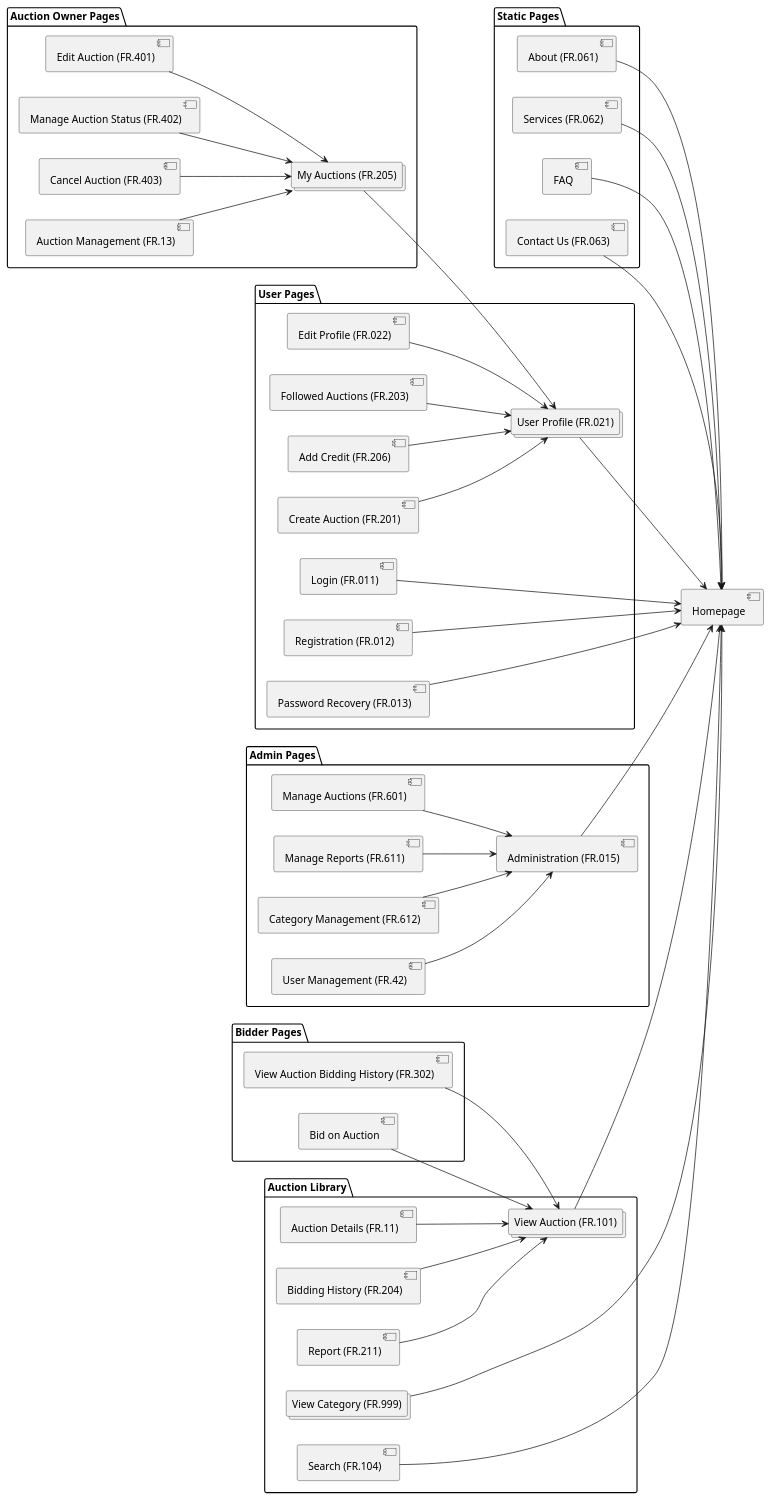
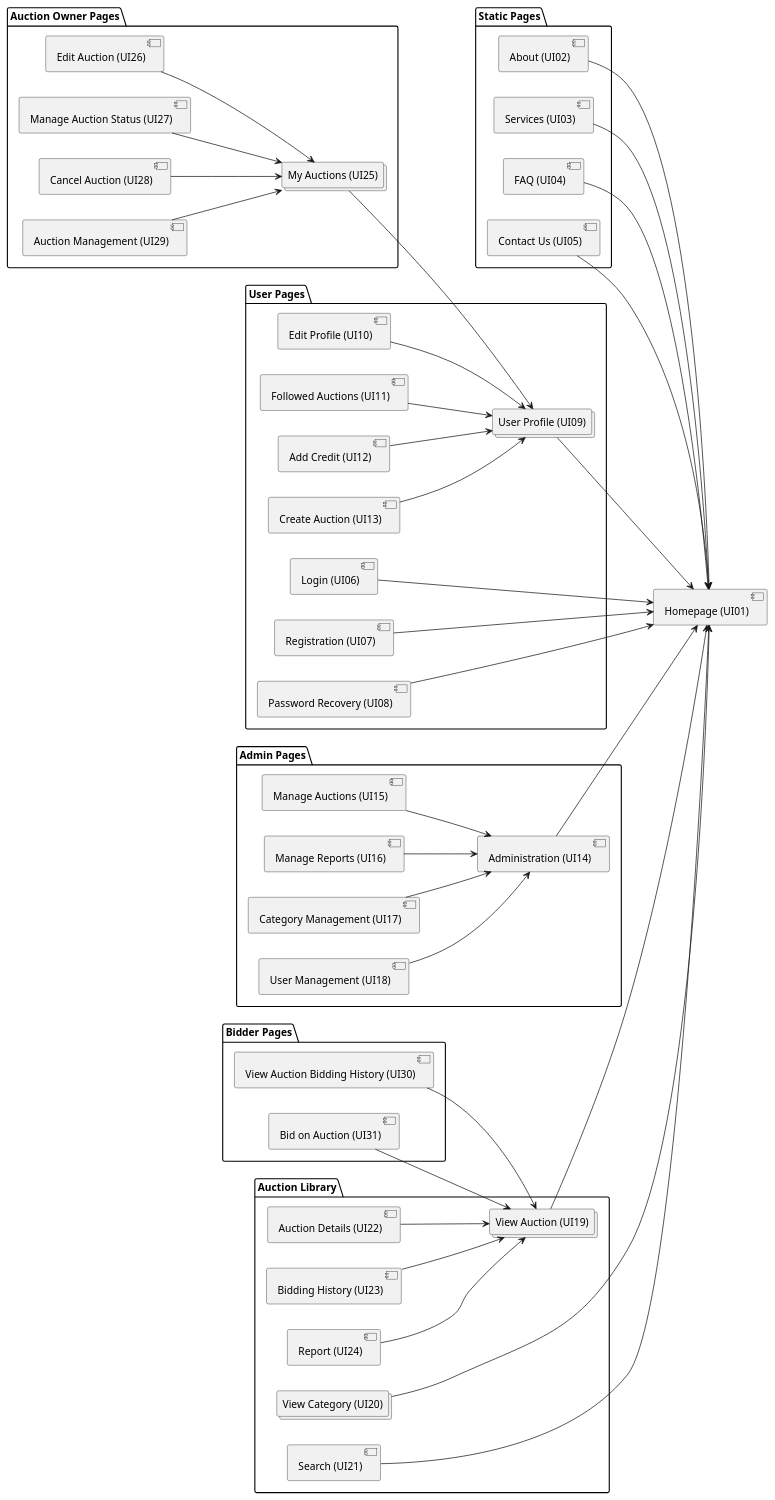
The diagram in uml/sitemap.plantuml (itsnova204/lbaw2451), drawn with PlantUML before and after one commit.

Commit message:
change FR to UI

```diff
--- a/uml/sitemap.plantuml
+++ b/uml/sitemap.plantuml
@@ -1,60 +1,60 @@
 @startuml sitemap
 left to right direction
 
 ' Definir a Homepage fora de qualquer pacote
-[Homepage]
+[Homepage (UI01)]
 
 package "Static Pages" {
-    [About (FR.061)] --> [Homepage]
-    [Services (FR.062)] --> [Homepage]
-    [FAQ] --> [Homepage]
-    [Contact Us (FR.063)] --> [Homepage]
+    [About (UI02)] --> [Homepage (UI01)]
+    [Services (UI03)] --> [Homepage (UI01)]
+    [FAQ (UI04)] --> [Homepage (UI01)]
+    [Contact Us (UI05)] --> [Homepage (UI01)]
 }
 
 package "User Pages" {
-    [Login (FR.011)] --> [Homepage]
-    [Registration (FR.012)] --> [Homepage]
-    [Password Recovery (FR.013)] --> [Homepage]
-    collections "User Profile (FR.021)" as prof
-    prof --> [Homepage]
-    [Edit Profile (FR.022)] --> prof
-    [Followed Auctions (FR.203)] --> prof
-    [Add Credit (FR.206)] --> prof
-    [Create Auction (FR.201)] --> prof
+    [Login (UI06)] --> [Homepage (UI01)]
+    [Registration (UI07)] --> [Homepage (UI01)]
+    [Password Recovery (UI08)] --> [Homepage (UI01)]
+    collections "User Profile (UI09)" as prof
+    prof --> [Homepage (UI01)]
+    [Edit Profile (UI10)] --> prof
+    [Followed Auctions (UI11)] --> prof
+    [Add Credit (UI12)] --> prof
+    [Create Auction (UI13)] --> prof
 }
 
 package "Admin Pages" {
-    [Administration (FR.015)] --> [Homepage]
-    [Manage Auctions (FR.601)] --> [Administration (FR.015)]
-    [Manage Reports (FR.611)] --> [Administration (FR.015)]
-    [Category Management (FR.612)] --> [Administration (FR.015)]
-    [User Management (FR.42)] --> [Administration (FR.015)]
+    [Administration (UI14)] --> [Homepage (UI01)]
+    [Manage Auctions (UI15)] --> [Administration (UI14)]
+    [Manage Reports (UI16)] --> [Administration (UI14)]
+    [Category Management (UI17)] --> [Administration (UI14)]
+    [User Management (UI18)] --> [Administration (UI14)]
 }
 
 package "Auction Library" {
-    collections "View Auction (FR.101)" as icat
-    collections "View Category (FR.999)" as vcat
-    vcat --> [Homepage]
-    icat --> [Homepage]
-    [Search (FR.104)] --> [Homepage]
-    [Auction Details (FR.11)] --> icat
-    [Bidding History (FR.204)] as bid_hist 
+    collections "View Auction (UI19)" as icat
+    collections "View Category (UI20)" as vcat
+    vcat --> [Homepage (UI01)]
+    icat --> [Homepage (UI01)]
+    [Search (UI21)] --> [Homepage (UI01)]
+    [Auction Details (UI22)] --> icat
+    [Bidding History (UI23)] as bid_hist 
     bid_hist --> icat
-    [Report (FR.211)] --> icat
+    [Report (UI24)] --> icat
 }
 
 package "Auction Owner Pages" {
-    collections "My Auctions (FR.205)" as myauc
+    collections "My Auctions (UI25)" as myauc
     myauc --> prof
-    [Edit Auction (FR.401)] --> myauc
-    [Manage Auction Status (FR.402)] --> myauc
-    [Cancel Auction (FR.403)] --> myauc
-    [Auction Management (FR.13)] --> myauc
+    [Edit Auction (UI26)] --> myauc
+    [Manage Auction Status (UI27)] --> myauc
+    [Cancel Auction (UI28)] --> myauc
+    [Auction Management (UI29)] --> myauc
 }
 
 package "Bidder Pages" {
-    [View Auction Bidding History (FR.302)] --> icat
-    [Bid on Auction] --> icat
+    [View Auction Bidding History (UI30)] --> icat
+    [Bid on Auction (UI31)] --> icat
 }
 
 @enduml
```
